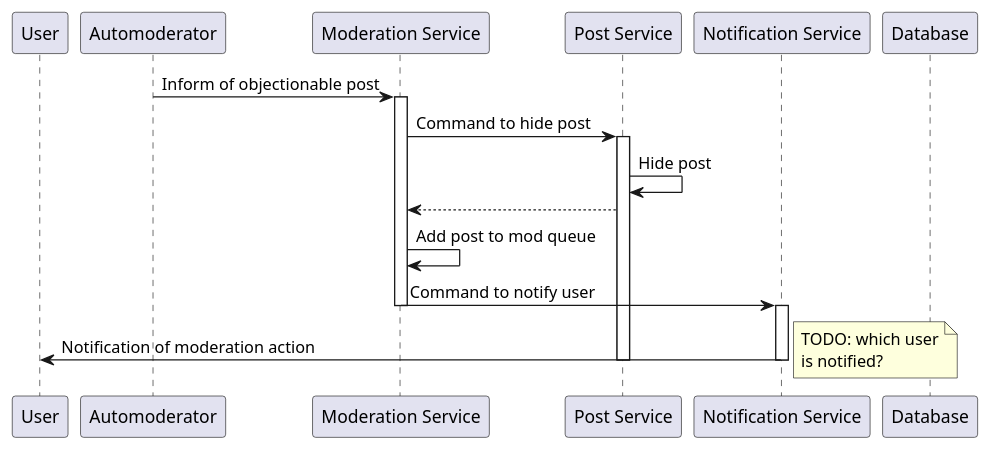
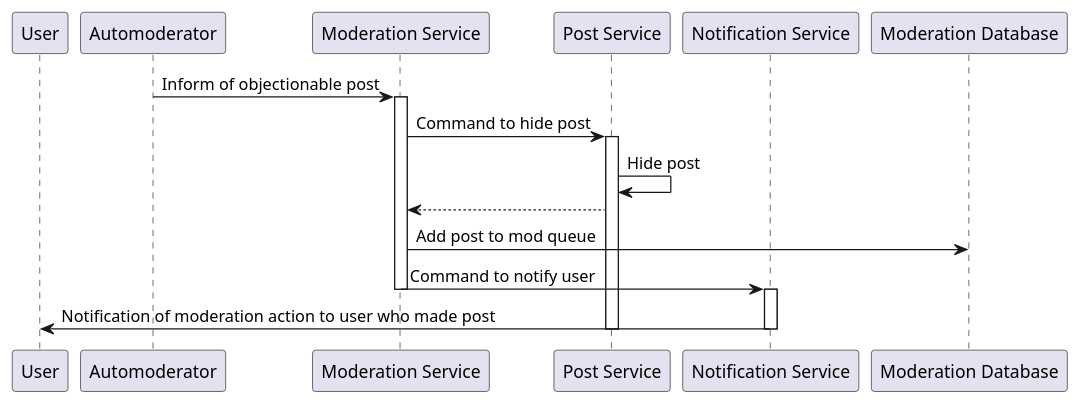
The diagram in usecases/Moderation/diagrams/sequence_diagrams/sys_flag.puml (MatthewM46/Blog-Website), drawn with PlantUML before and after one commit. The commit also changed 1 other file, not shown here.

Commit message:
Clarify "Post is Flagged by System" Usecase #22 issues resolved

```diff
--- a/usecases/Moderation/diagrams/sequence_diagrams/sys_flag.puml
+++ b/usecases/Moderation/diagrams/sequence_diagrams/sys_flag.puml
@@ -1,40 +1,35 @@
 @startuml
 
 participant "User" as user
 participant "Automoderator" as automod
 participant "Moderation Service" as modserv
 participant "Post Service" as postserv
 participant "Notification Service" as notserv
-participant "Database" as db
+participant "Moderation Database" as db
 
 automod -> modserv: Inform of objectionable post
 activate modserv
 
 modserv -> postserv: Command to hide post
 
 activate postserv
 
 postserv -> postserv: Hide post
 
 postserv --> modserv
 
-modserv -> modserv: Add post to mod queue
+modserv -> db: Add post to mod queue
 
 modserv -> notserv: Command to notify user
 deactivate modserv
 
 activate notserv
 
-notserv -> user: Notification of moderation action
+notserv -> user: Notification of moderation action to user who made post
 
 deactivate notserv
-
-note right
-	TODO: which user
-	is notified?
-end note
 
 deactivate postserv
 
 
 @enduml
```
